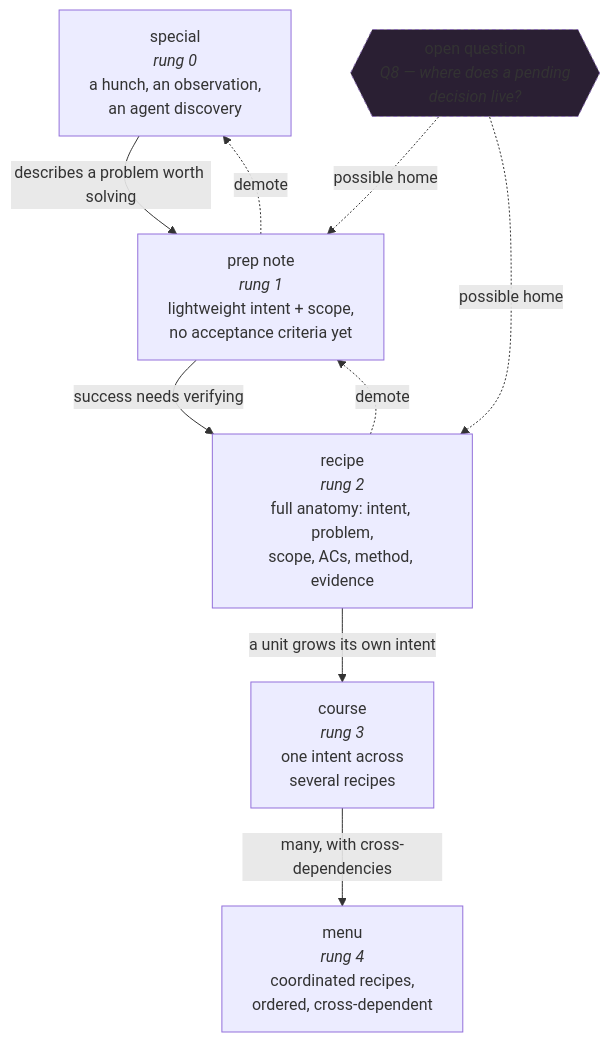
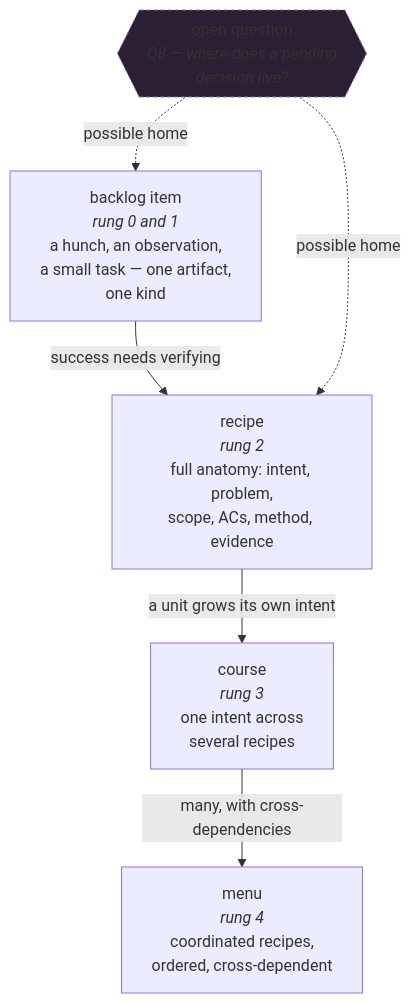
The first of 2 diagrams in docs/03-domain-model.md (lthiagol/maitre), drawn with Mermaid before and after one commit. The commit also changed other lines of this file and 1 other file, not shown here.

First line of the commit message:
AC-03: how a backlog item becomes work

````diff
--- a/docs/03-domain-model.md
+++ b/docs/03-domain-model.md
@@ -31,23 +31,18 @@
 ```mermaid
 flowchart TB
-    special["special<br/><i>rung 0</i><br/>a hunch, an observation,<br/>an agent discovery"]
-    prepnote["prep note<br/><i>rung 1</i><br/>lightweight intent + scope,<br/>no acceptance criteria yet"]
+    item["backlog item<br/><i>rung 0 and 1</i><br/>a hunch, an observation,<br/>a small task — one artifact,<br/>one kind"]
     recipe["recipe<br/><i>rung 2</i><br/>full anatomy: intent, problem,<br/>scope, ACs, method, evidence"]
     course["course<br/><i>rung 3</i><br/>one intent across<br/>several recipes"]
     menu["menu<br/><i>rung 4</i><br/>coordinated recipes,<br/>ordered, cross-dependent"]
 
-    special -->|"describes a problem worth solving"| prepnote
-    prepnote -->|"success needs verifying"| recipe
+    item -->|"success needs verifying"| recipe
     recipe -->|"a unit grows its own intent"| course
     course -->|"many, with cross-dependencies"| menu
 
-    prepnote -.->|"demote"| special
-    recipe -.->|"demote"| prepnote
-
     question{{"open question<br/><i>Q8 — where does a pending<br/>decision live?</i>"}}
-    question -.->|"possible home"| prepnote
+    question -.->|"possible home"| item
     question -.->|"possible home"| recipe
 
     classDef open fill:#2a1f33,stroke:#8a6fb0,stroke-dasharray: 4 3
     class question open
 ```
````
